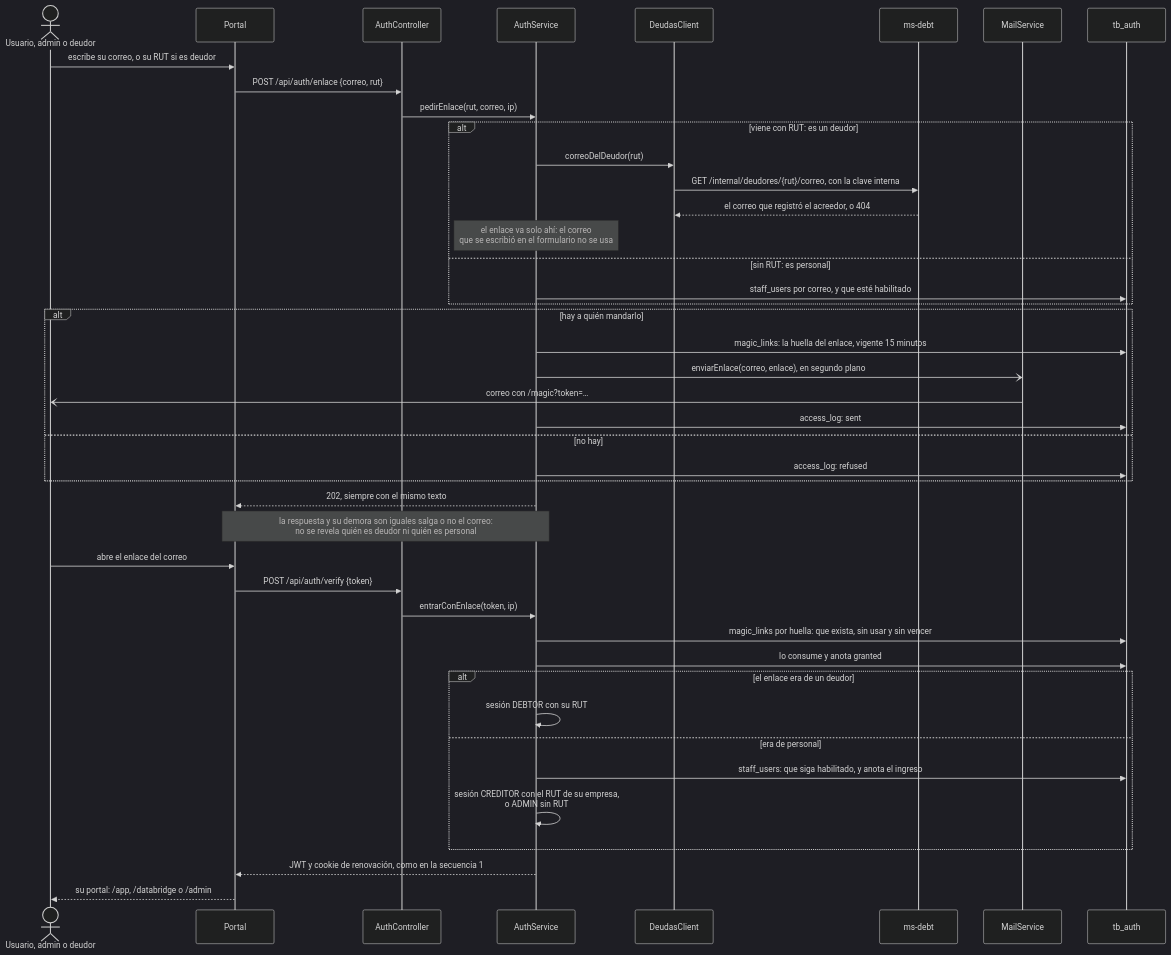
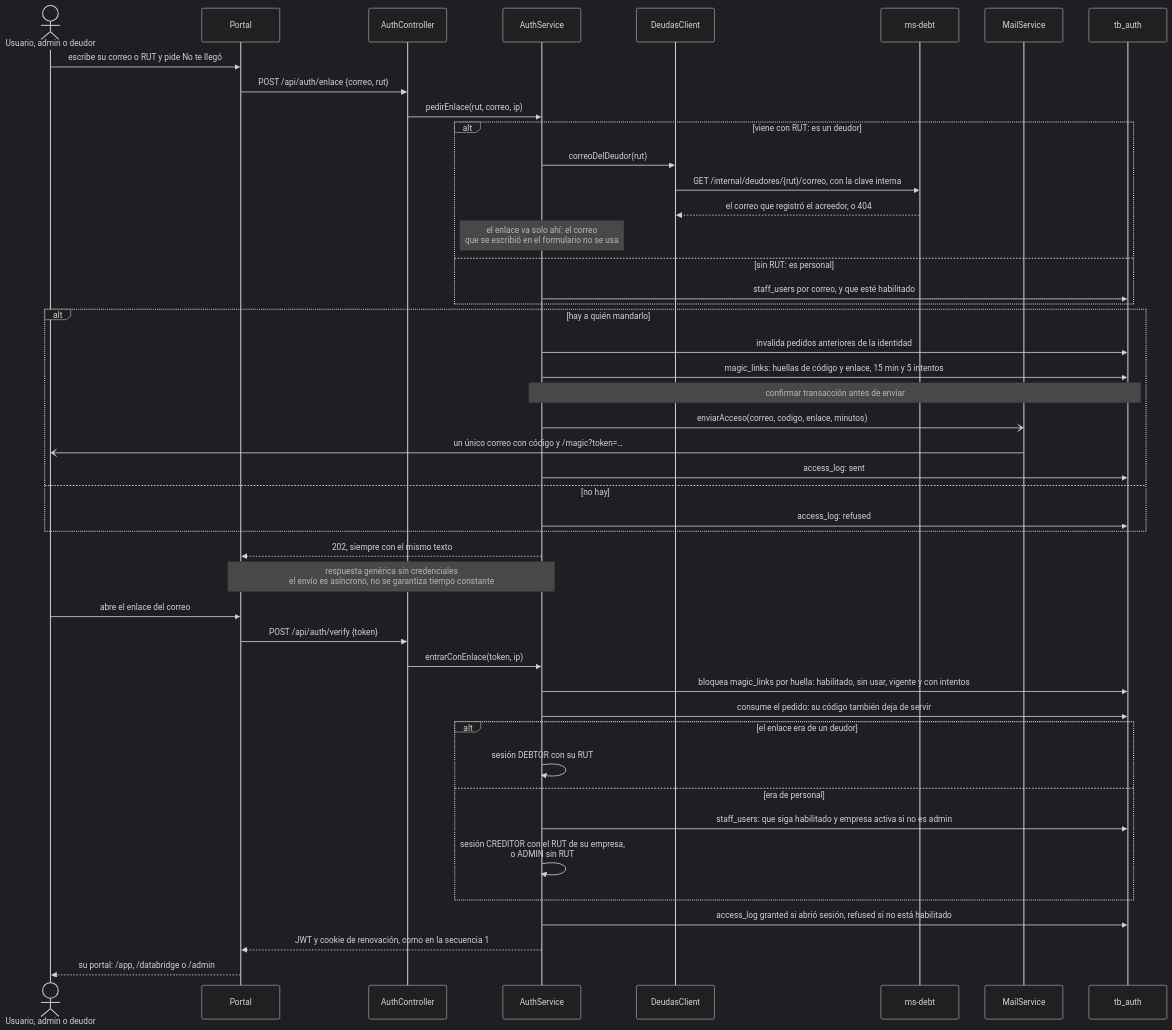
One commit to TechnicalBridge/DataBridge changed the second of 16 diagrams in docs/diagramas/secuencia.md. Above: the diagram before and after it, drawn with Mermaid (dark theme). The commit also changed other lines of this file and 29 other files, not shown here.

First line of the commit message:
feat(acceso): Código primero y respaldo combinado en los tres portales

````diff
--- a/docs/diagramas/secuencia.md
+++ b/docs/diagramas/secuencia.md
@@ -93,47 +96,50 @@
 ```mermaid
 sequenceDiagram
     actor U as Usuario, admin o deudor
     participant P as Portal
     participant AC as AuthController
     participant AS as AuthService
     participant DC as DeudasClient
     participant MD as ms-debt
     participant M as MailService
     participant B as tb_auth
 
-    U->>P: escribe su correo, o su RUT si es deudor
+    U->>P: escribe su correo o RUT y pide No te llegó
     P->>AC: POST /api/auth/enlace {correo, rut}
     AC->>AS: pedirEnlace(rut, correo, ip)
     alt viene con RUT: es un deudor
         AS->>DC: correoDelDeudor(rut)
         DC->>MD: GET /internal/deudores/{rut}/correo, con la clave interna
         MD-->>DC: el correo que registró el acreedor, o 404
         Note over AS: el enlace va solo ahí: el correo<br/>que se escribió en el formulario no se usa
     else sin RUT: es personal
         AS->>B: staff_users por correo, y que esté habilitado
     end
     alt hay a quién mandarlo
-        AS->>B: magic_links: la huella del enlace, vigente 15 minutos
-        AS-)M: enviarEnlace(correo, enlace), en segundo plano
-        M-)U: correo con /magic?token=…
+        AS->>B: invalida pedidos anteriores de la identidad
+        AS->>B: magic_links: huellas de código y enlace, 15 min y 5 intentos
+        Note over AS,B: confirmar transacción antes de enviar
+        AS-)M: enviarAcceso(correo, codigo, enlace, minutos)
+        M-)U: un único correo con código y /magic?token=…
         AS->>B: access_log: sent
     else no hay
         AS->>B: access_log: refused
     end
     AS-->>P: 202, siempre con el mismo texto
-    Note over AS,P: la respuesta y su demora son iguales salga o no el correo:<br/>no se revela quién es deudor ni quién es personal
+    Note over AS,P: respuesta genérica sin credenciales<br/>el envío es asíncrono, no se garantiza tiempo constante
 
     U->>P: abre el enlace del correo
     P->>AC: POST /api/auth/verify {token}
     AC->>AS: entrarConEnlace(token, ip)
-    AS->>B: magic_links por huella: que exista, sin usar y sin vencer
-    AS->>B: lo consume y anota granted
+    AS->>B: bloquea magic_links por huella: habilitado, sin usar, vigente y con intentos
+    AS->>B: consume el pedido: su código también deja de servir
     alt el enlace era de un deudor
         AS->>AS: sesión DEBTOR con su RUT
     else era de personal
-        AS->>B: staff_users: que siga habilitado, y anota el ingreso
+        AS->>B: staff_users: que siga habilitado y empresa activa si no es admin
         AS->>AS: sesión CREDITOR con el RUT de su empresa,<br/>o ADMIN sin RUT
     end
+    AS->>B: access_log granted si abrió sesión, refused si no está habilitado
     AS-->>P: JWT y cookie de renovación, como en la secuencia 1
     P-->>U: su portal: /app, /databridge o /admin
 ```
````
